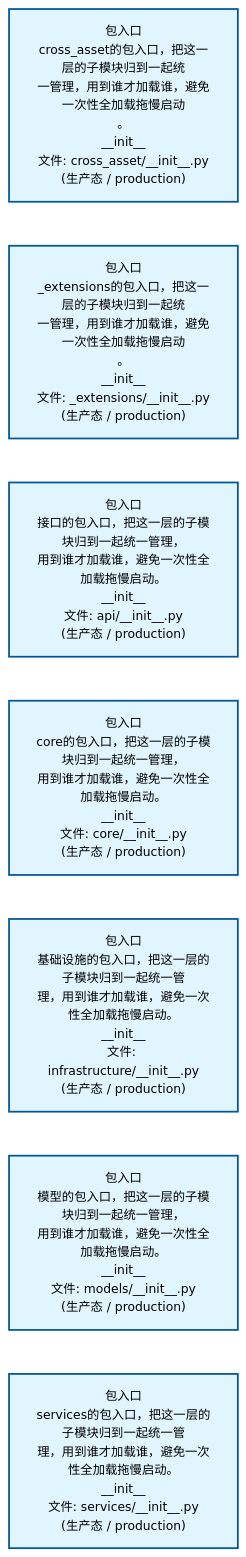
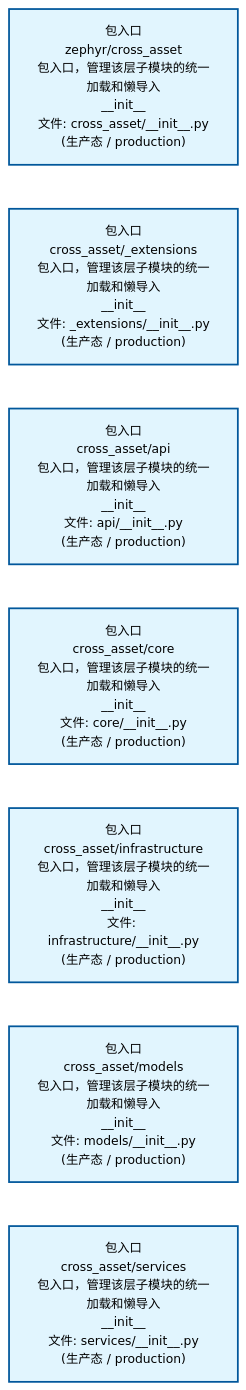
One commit to xuanFelixVan/ZephyrAlpha changed the second of 2 diagrams in docs/02_enterprise_architecture/02_domain_architecture_docs/40_d_cross_asset.md. Above: the diagram before and after it, drawn with Mermaid. The commit also changed other lines of this file and 60 other files, not shown here.

````diff
--- a/docs/02_enterprise_architecture/02_domain_architecture_docs/40_d_cross_asset.md
+++ b/docs/02_enterprise_architecture/02_domain_architecture_docs/40_d_cross_asset.md
@@ -80,22 +80,22 @@
 ```mermaid
 %%{init: {'theme': 'base', 'themeVariables': {'primaryColor': '#eaeaea', 'primaryTextColor': '#333333', 'primaryBorderColor': '#666666', 'lineColor': '#666666', 'secondaryColor': '#eaeaea', 'tertiaryColor': '#eaeaea', 'fontSize': '14px'}}}%%
 flowchart TD
-    src_zephyr_cross_asset_init_py["包入口<br/>cross_asset的包入口，把这一层的子模块归到一起统<br/>一管理，用到谁才加载谁，避免一次性全加载拖慢启动<br/>。<br/>__init__<br/>文件: cross_asset/__init__.py<br/>(生产态 / production)"]
-    src_zephyr_cross_asset_extensions_init_py["包入口<br/>_extensions的包入口，把这一层的子模块归到一起统<br/>一管理，用到谁才加载谁，避免一次性全加载拖慢启动<br/>。<br/>__init__<br/>文件: _extensions/__init__.py<br/>(生产态 / production)"]
-    src_zephyr_cross_asset_api_init_py["包入口<br/>接口的包入口，把这一层的子模块归到一起统一管理，<br/>用到谁才加载谁，避免一次性全加载拖慢启动。<br/>__init__<br/>文件: api/__init__.py<br/>(生产态 / production)"]
-    src_zephyr_cross_asset_core_init_py["包入口<br/>core的包入口，把这一层的子模块归到一起统一管理，<br/>用到谁才加载谁，避免一次性全加载拖慢启动。<br/>__init__<br/>文件: core/__init__.py<br/>(生产态 / production)"]
-    src_zephyr_cross_asset_infrastructure_init_py["包入口<br/>基础设施的包入口，把这一层的子模块归到一起统一管<br/>理，用到谁才加载谁，避免一次性全加载拖慢启动。<br/>__init__<br/>文件: infrastructure/__init__.py<br/>(生产态 / production)"]
-    src_zephyr_cross_asset_models_init_py["包入口<br/>模型的包入口，把这一层的子模块归到一起统一管理，<br/>用到谁才加载谁，避免一次性全加载拖慢启动。<br/>__init__<br/>文件: models/__init__.py<br/>(生产态 / production)"]
-    src_zephyr_cross_asset_services_init_py["包入口<br/>services的包入口，把这一层的子模块归到一起统一管<br/>理，用到谁才加载谁，避免一次性全加载拖慢启动。<br/>__init__<br/>文件: services/__init__.py<br/>(生产态 / production)"]
+    src_zephyr_cross_asset_init_py["包入口<br/>zephyr/cross_asset<br/>包入口，管理该层子模块的统一加载和懒导入<br/>__init__<br/>文件: cross_asset/__init__.py<br/>(生产态 / production)"]
+    src_zephyr_cross_asset_extensions_init_py["包入口<br/>cross_asset/_extensions<br/>包入口，管理该层子模块的统一加载和懒导入<br/>__init__<br/>文件: _extensions/__init__.py<br/>(生产态 / production)"]
+    src_zephyr_cross_asset_api_init_py["包入口<br/>cross_asset/api<br/>包入口，管理该层子模块的统一加载和懒导入<br/>__init__<br/>文件: api/__init__.py<br/>(生产态 / production)"]
+    src_zephyr_cross_asset_core_init_py["包入口<br/>cross_asset/core<br/>包入口，管理该层子模块的统一加载和懒导入<br/>__init__<br/>文件: core/__init__.py<br/>(生产态 / production)"]
+    src_zephyr_cross_asset_infrastructure_init_py["包入口<br/>cross_asset/infrastructure<br/>包入口，管理该层子模块的统一加载和懒导入<br/>__init__<br/>文件: infrastructure/__init__.py<br/>(生产态 / production)"]
+    src_zephyr_cross_asset_models_init_py["包入口<br/>cross_asset/models<br/>包入口，管理该层子模块的统一加载和懒导入<br/>__init__<br/>文件: models/__init__.py<br/>(生产态 / production)"]
+    src_zephyr_cross_asset_services_init_py["包入口<br/>cross_asset/services<br/>包入口，管理该层子模块的统一加载和懒导入<br/>__init__<br/>文件: services/__init__.py<br/>(生产态 / production)"]
     src_zephyr_cross_asset_init_py ~~~ src_zephyr_cross_asset_extensions_init_py
     src_zephyr_cross_asset_extensions_init_py ~~~ src_zephyr_cross_asset_api_init_py
     src_zephyr_cross_asset_api_init_py ~~~ src_zephyr_cross_asset_core_init_py
     src_zephyr_cross_asset_core_init_py ~~~ src_zephyr_cross_asset_infrastructure_init_py
     src_zephyr_cross_asset_infrastructure_init_py ~~~ src_zephyr_cross_asset_models_init_py
     src_zephyr_cross_asset_models_init_py ~~~ src_zephyr_cross_asset_services_init_py
     classDef production fill:#e1f5fe,stroke:#01579b,stroke-width:2px,color:#000
     classDef design fill:#fff3e0,stroke:#e65100,stroke-width:2px,color:#000,stroke-dasharray: 5 5
     classDef external_prod fill:#e8f4fd,stroke:#0277bd,stroke-width:1px,color:#000
     classDef external_design fill:#fff8e7,stroke:#ef6c00,stroke-width:1px,color:#000,stroke-dasharray: 5 5
     class src_zephyr_cross_asset_init_py,src_zephyr_cross_asset_extensions_init_py,src_zephyr_cross_asset_api_init_py,src_zephyr_cross_asset_core_init_py,src_zephyr_cross_asset_infrastructure_init_py,src_zephyr_cross_asset_models_init_py,src_zephyr_cross_asset_services_init_py production
 ```
````
